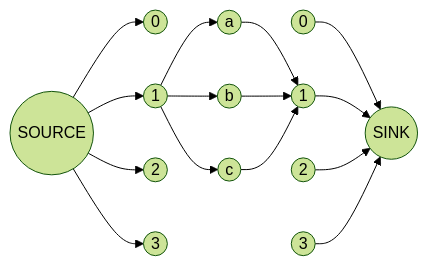
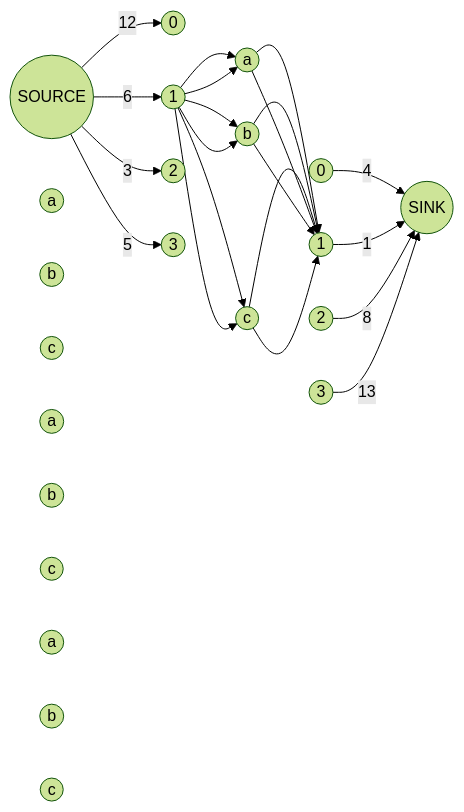
Before and after one commit to bfeitknecht/vault: the second of 2 diagrams in vault/sem2/AuW/UE/cx/bf/cx09-bf.md, drawn with Mermaid (forest theme).

Commit message:
vault backup: 2024-05-18 18:24:07 from MacBook Pro (echo)
Affected files:
vault/sem2/AuW/UE/cx/bf/cx09-bf.md

````diff
--- a/vault/sem2/AuW/UE/cx/bf/cx09-bf.md
+++ b/vault/sem2/AuW/UE/cx/bf/cx09-bf.md
@@ -22,26 +22,48 @@
 ```mermaid
 flowchart LR
 
 idF(("SOURCE"))
 idT(("SINK"))
 
 idf0((0))
 idf1((1))
 idf2((2))
 idf3((3))
 
+id0a((a))
+id0b((b))
+id0c((c))
+
 id1a((a))
 id1b((b))
 id1c((c))
+
+id2a((a))
+id2b((b))
+id2c((c))
+
+id3a((a))
+id3b((b))
+id3c((c))
 
 idt0((0))
 idt1((1))
 idt2((2))
 idt3((3))
 
-idF --> idf0 & idf1 & idf2 & idf3
-idt0 & idt1 & idt2 & idt3 --> idT
+%%%%%%%%%%%%%%%%%%%%%%%%%%%%%%%%%%%%%%%%%%%%
 
+idF -->|"12"| idf0 
+idF -->|"6"| idf1
+idF -->|"3"| idf2
+idF -->|"5"| idf3
+
+idt0 -->|"4"| idT 
+idt1 -->|"1"| idT
+idt2 -->|"8"| idT
+idt3 -->|"13"| idT
+
+idf1 --> id1a & id1b & id1c --> idt1
 idf1 --> id1a & id1b & id1c --> idt1
 
 ```
````
